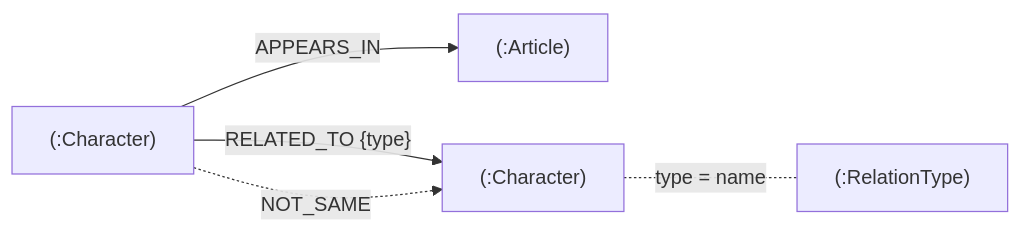
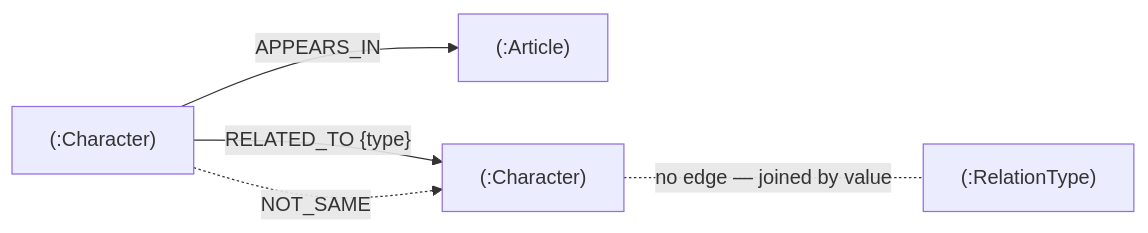
Before and after one commit to egor-tyshchuk/character-graph-service: the third of 3 diagrams in README.md, drawn with Mermaid. The commit also changed other lines of this file and 2 other files, not shown here.

````diff
--- a/README.md
+++ b/README.md
@@ -173,11 +179,11 @@
 ```mermaid
 flowchart LR
     A["(:Article)"]
     C1["(:Character)"]
     C2["(:Character)"]
     T["(:RelationType)"]
     C1 -- "APPEARS_IN" --> A
     C1 -- "RELATED_TO {type}" --> C2
     C1 -.->|"NOT_SAME"| C2
-    C2 -.-|"type = name"| T
+    C2 -.-|"no edge — joined by value"| T
 ```
````
